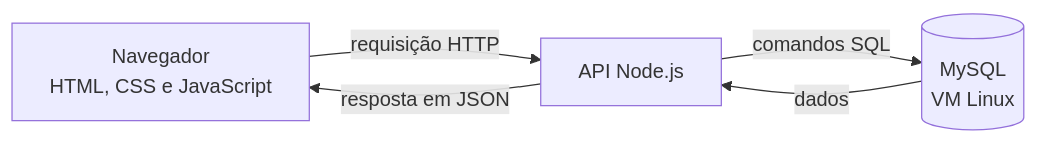
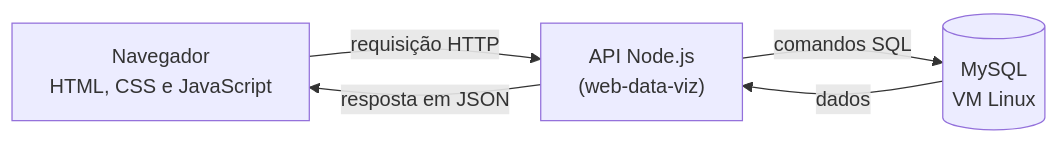
Before and after one commit to paulodesouza-dev/praesens: the second of 3 diagrams in README.md, drawn with Mermaid. The commit also changed other lines of this file and 1 other file, not shown here.

````diff
--- a/README.md
+++ b/README.md
@@ -83,7 +104,7 @@
 ```mermaid
 flowchart LR
-    A["Navegador<br>HTML, CSS e JavaScript"] -->|"requisição HTTP"| B["API Node.js"]
+    A["Navegador<br>HTML, CSS e JavaScript"] -->|"requisição HTTP"| B["API Node.js<br>(web-data-viz)"]
     B -->|"comandos SQL"| C[("MySQL<br>VM Linux")]
     C -->|"dados"| B
     B -->|"resposta em JSON"| A
 ```
````
